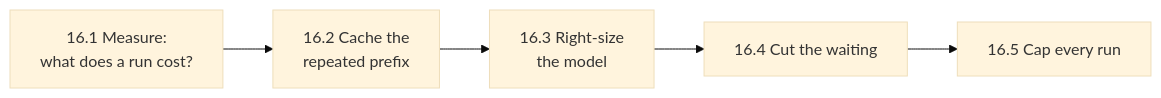
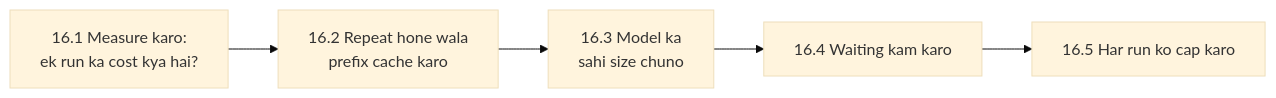
One commit to asmustechno/agentic-ai-notes changed the diagram in docs/16-cost-and-performance/README.md. Above: the diagram before and after it, drawn with Mermaid (base theme). The commit also changed other lines of this file and 135 other files, not shown here.

````diff
--- a/docs/16-cost-and-performance/README.md
+++ b/docs/16-cost-and-performance/README.md
@@ -29,7 +29,7 @@
 ```mermaid
 flowchart LR
-    M["16.1 Measure:<br/>what does a run cost?"] --> C["16.2 Cache the<br/>repeated prefix"]
-    C --> R["16.3 Right-size<br/>the model"]
-    R --> L["16.4 Cut the waiting"]
-    L --> B["16.5 Cap every run"]
+    M["16.1 Measure karo:<br/>ek run ka cost kya hai?"] --> C["16.2 Repeat hone wala<br/>prefix cache karo"]
+    C --> R["16.3 Model ka<br/>sahi size chuno"]
+    R --> L["16.4 Waiting kam karo"]
+    L --> B["16.5 Har run ko cap karo"]
 ```
````
